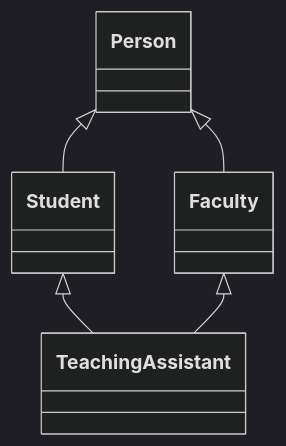
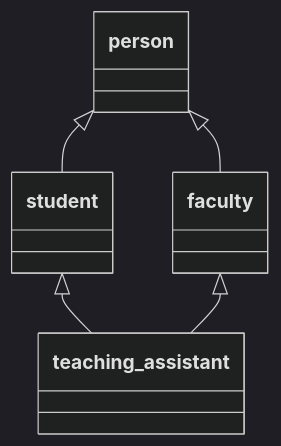
Before and after one commit to DaveParillo/cisc187-reader: the first of 2 diagrams in src/class-III-design/inheritance.rst, drawn with Mermaid (dark theme). The commit also changed other lines of this file and 8 other files, not shown here.

Commit message:
update design chapter and diagrams.

```diff
--- a/src/class-III-design/inheritance.rst
+++ b/src/class-III-design/inheritance.rst
@@ -341,8 +341,8 @@
 .. mermaid::
    :alt: multiple inheritance
 
    classDiagram
-      Person <|-- Student
-      Person <|-- Faculty
-      Student <|-- TeachingAssistant
-      Faculty <|-- TeachingAssistant
+      person <|-- student
+      person <|-- faculty
+      student <|-- teaching_assistant
+      faculty <|-- teaching_assistant
```
